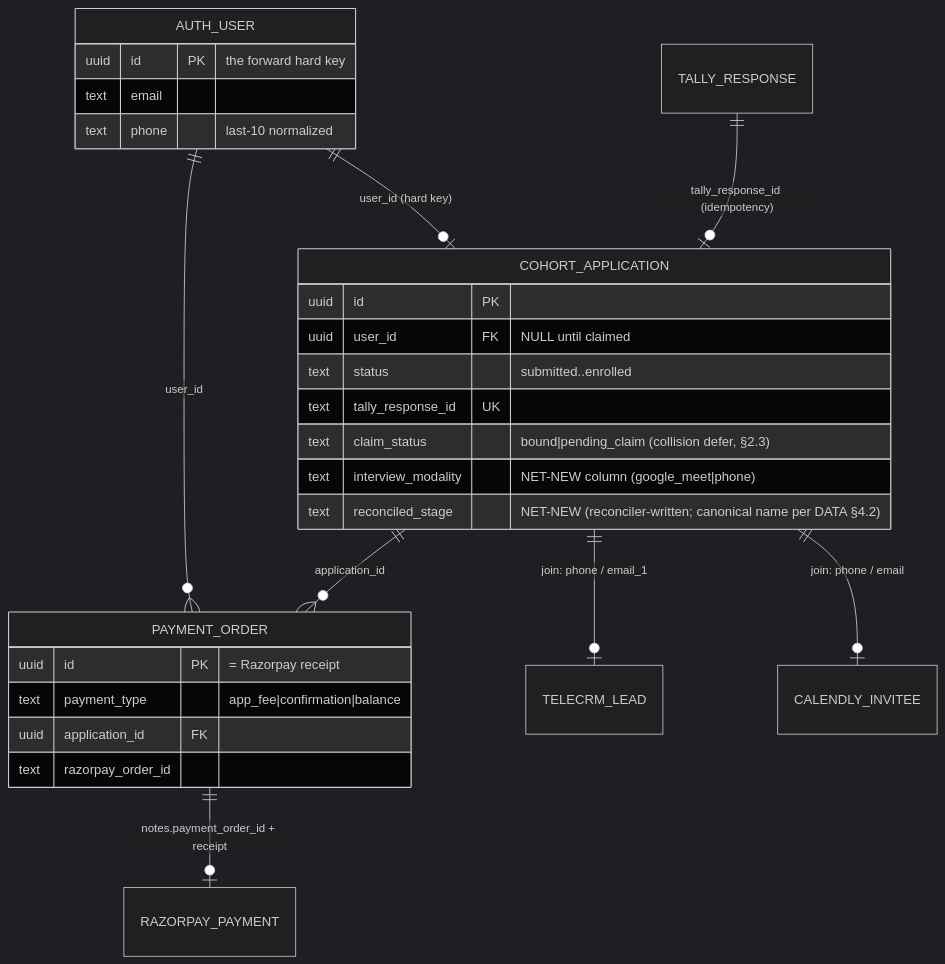
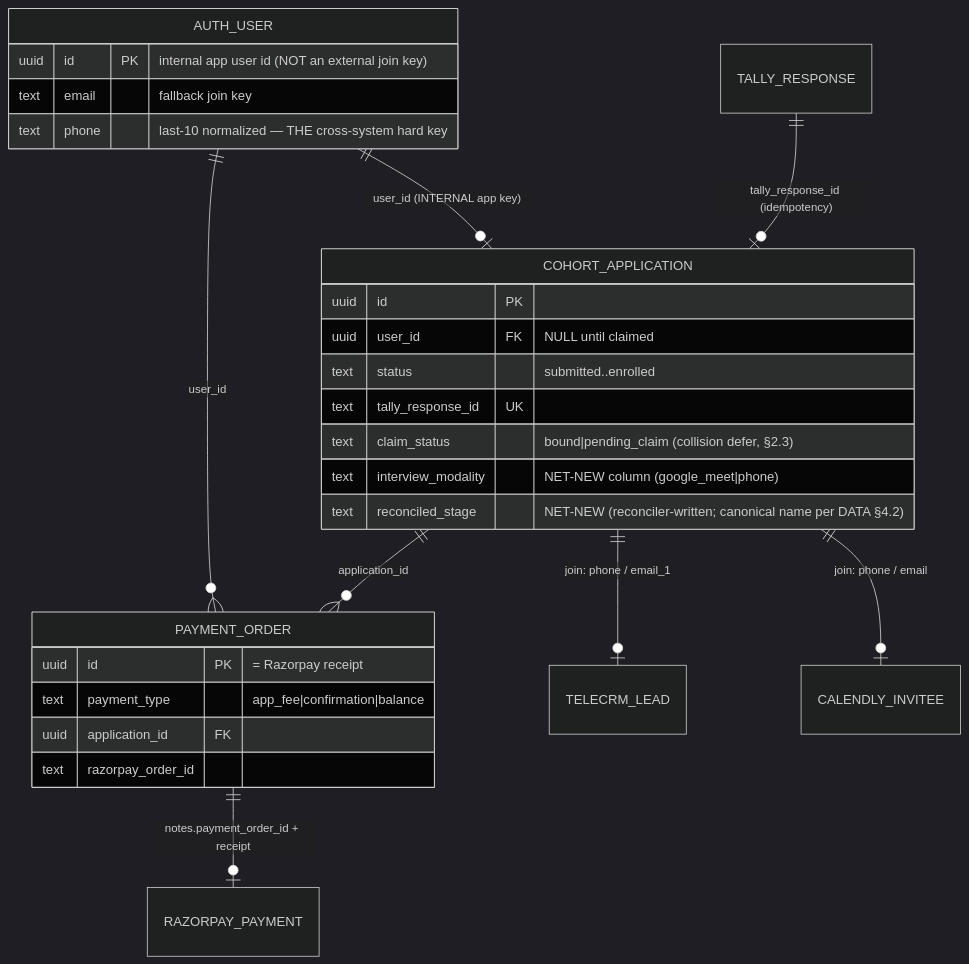
Before and after one commit to levelupadmin/LevelUp-Main-App: the third of 5 diagrams in design/cohorts/docs/04-INTEGRATION-CONTRACTS.md, drawn with Mermaid (dark theme). The commit also changed other lines of this file and 39 other files, not shown here.

````diff
--- a/design/cohorts/docs/04-INTEGRATION-CONTRACTS.md
+++ b/design/cohorts/docs/04-INTEGRATION-CONTRACTS.md
@@ -89,31 +91,31 @@
 ```mermaid
 erDiagram
-    AUTH_USER ||--o| COHORT_APPLICATION : "user_id (hard key)"
+    AUTH_USER ||--o| COHORT_APPLICATION : "user_id (INTERNAL app key)"
     AUTH_USER ||--o{ PAYMENT_ORDER : "user_id"
     COHORT_APPLICATION ||--o{ PAYMENT_ORDER : "application_id"
     COHORT_APPLICATION ||--o| TELECRM_LEAD : "join: phone / email_1"
     COHORT_APPLICATION ||--o| CALENDLY_INVITEE : "join: phone / email"
     PAYMENT_ORDER ||--o| RAZORPAY_PAYMENT : "notes.payment_order_id + receipt"
     TALLY_RESPONSE ||--o| COHORT_APPLICATION : "tally_response_id (idempotency)"
 
     AUTH_USER {
-        uuid id PK "the forward hard key"
-        text email
-        text phone "last-10 normalized"
+        uuid id PK "internal app user id (NOT an external join key)"
+        text email "fallback join key"
+        text phone "last-10 normalized — THE cross-system hard key"
     }
     COHORT_APPLICATION {
         uuid id PK
         uuid user_id FK "NULL until claimed"
         text status "submitted..enrolled"
         text tally_response_id UK
         text claim_status "bound|pending_claim (collision defer, §2.3)"
         text interview_modality "NET-NEW column (google_meet|phone)"
         text reconciled_stage "NET-NEW (reconciler-written; canonical name per DATA §4.2)"
     }
     PAYMENT_ORDER {
         uuid id PK "= Razorpay receipt"
         text payment_type "app_fee|confirmation|balance"
         uuid application_id FK
         text razorpay_order_id
     }
 ```
````
